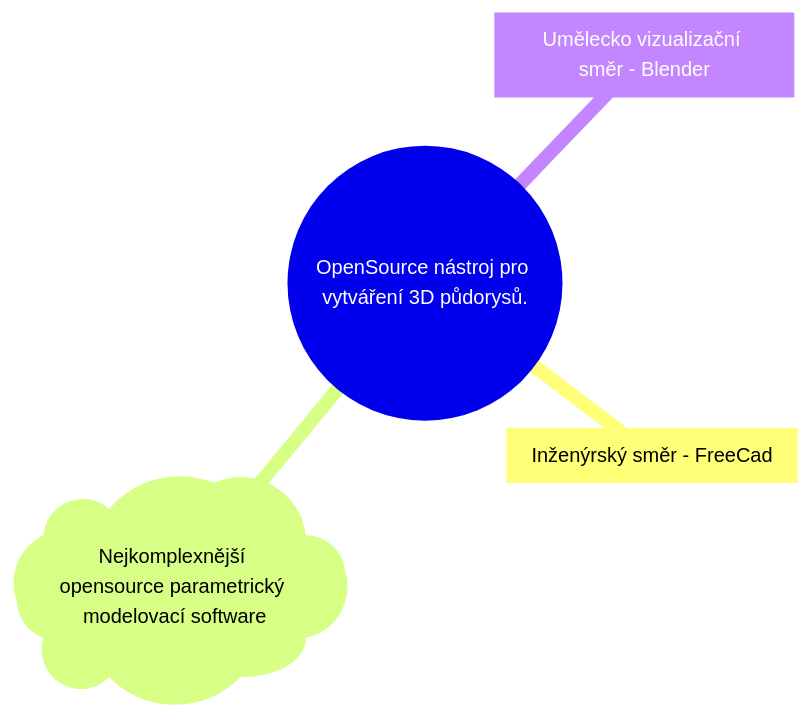
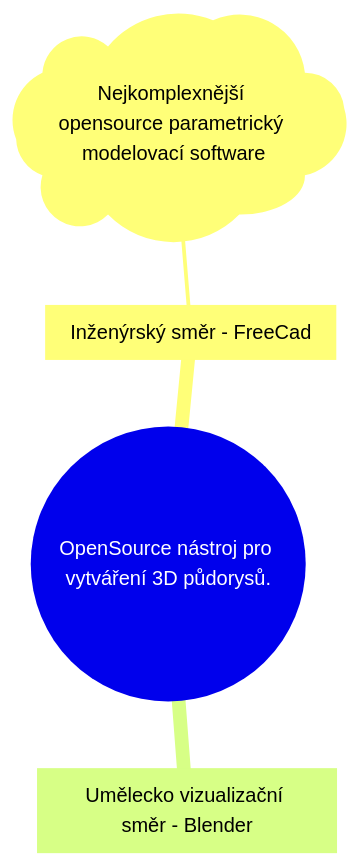
Before and after one commit to TheGingeros/floorplanmaster: the diagram in analýza/kostra_zadání.md, drawn with Mermaid.

Commit message:
Update file kostra_zadání.md

````diff
--- a/analýza/kostra_zadání.md
+++ b/analýza/kostra_zadání.md
@@ -17,7 +17,7 @@
 ```mermaid
 mindmap
     root(("OpenSource nástroj pro vytváření 3D půdorysů."))
         FreeCad["Inženýrský směr - FreeCad"]
-        )Nejkomplexnější opensource parametrický modelovací software(
+            )Nejkomplexnější opensource parametrický modelovací software(
         Blender["Umělecko vizualizační směr - Blender"]
 ```
````
